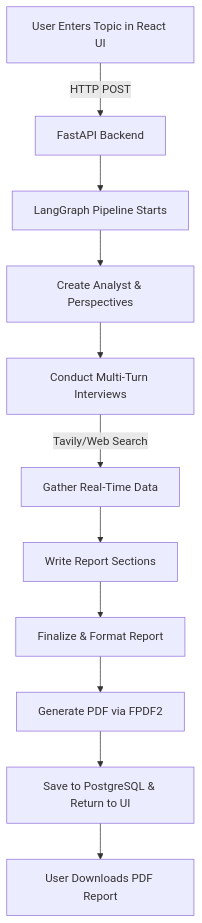
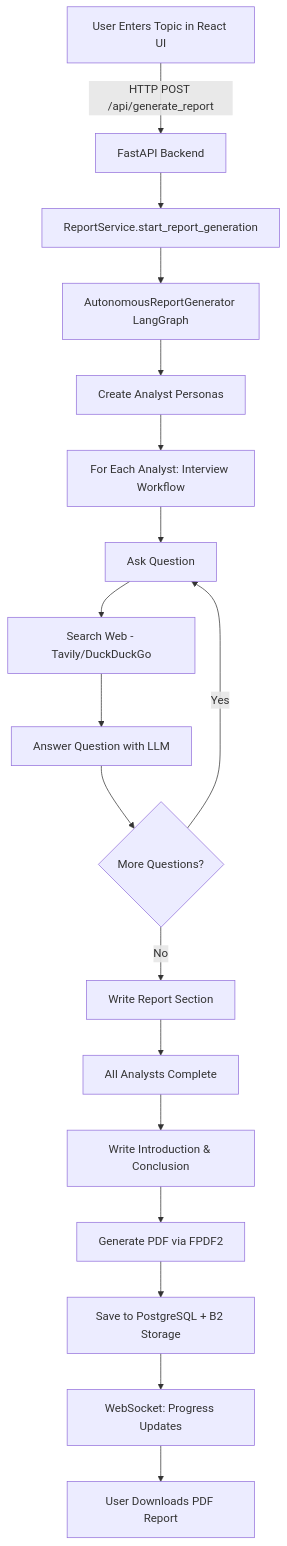
One commit to sumanghosh108/AgenticAI changed the first of 2 diagrams in README.md. Above: the diagram before and after it, drawn with Mermaid. The commit also changed other lines of this file, not shown here.

````diff
--- a/README.md
+++ b/README.md
@@ -36,13 +139,20 @@
 ```mermaid
 graph TD
-    A[User Enters Topic in React UI] -->|HTTP POST| B[FastAPI Backend]
-    B --> C[LangGraph Pipeline Starts]
-    C --> D[Create Analyst & Perspectives]
-    D --> E[Conduct Multi-Turn Interviews]
-    E -->|Tavily/Web Search| F[Gather Real-Time Data]
-    F --> G[Write Report Sections]
-    G --> H[Finalize & Format Report]
-    H --> I[Generate PDF via FPDF2]
-    I --> J[Save to PostgreSQL & Return to UI]
-    J --> K[User Downloads PDF Report]
+    A[User Enters Topic in React UI] -->|HTTP POST /api/generate_report| B[FastAPI Backend]
+    B --> C[ReportService.start_report_generation]
+    C --> D[AutonomousReportGenerator LangGraph]
+    D --> E[Create Analyst Personas]
+    E --> F[For Each Analyst: Interview Workflow]
+    F --> G[Ask Question]
+    G --> H[Search Web - Tavily/DuckDuckGo]
+    H --> I[Answer Question with LLM]
+    I --> J{More Questions?}
+    J -->|Yes| G
+    J -->|No| K[Write Report Section]
+    K --> L[All Analysts Complete]
+    L --> M[Write Introduction & Conclusion]
+    M --> N[Generate PDF via FPDF2]
+    N --> O[Save to PostgreSQL + B2 Storage]
+    O --> P[WebSocket: Progress Updates]
+    P --> Q[User Downloads PDF Report]
 ```
````
